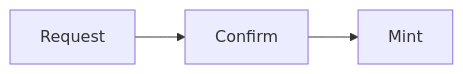
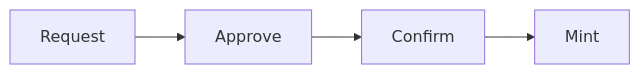
The first of 5 diagrams in design/src/deposit.md (MystenLabs/hashi), drawn with Mermaid before and after one commit. The commit also changed other lines of this file and 19 other files, not shown here.

````diff
--- a/design/src/deposit.md
+++ b/design/src/deposit.md
@@ -7,4 +7,4 @@
 ```mermaid
 graph LR
-    A[Request] --> B[Confirm] --> C[Mint]
+    A[Request] --> B[Approve] --> C[Confirm] --> D[Mint]
 ```
````
